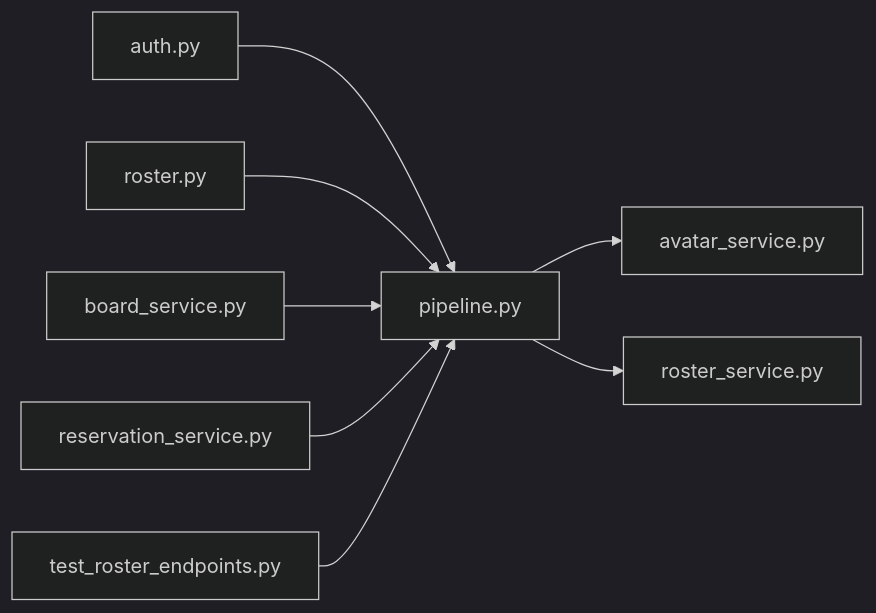
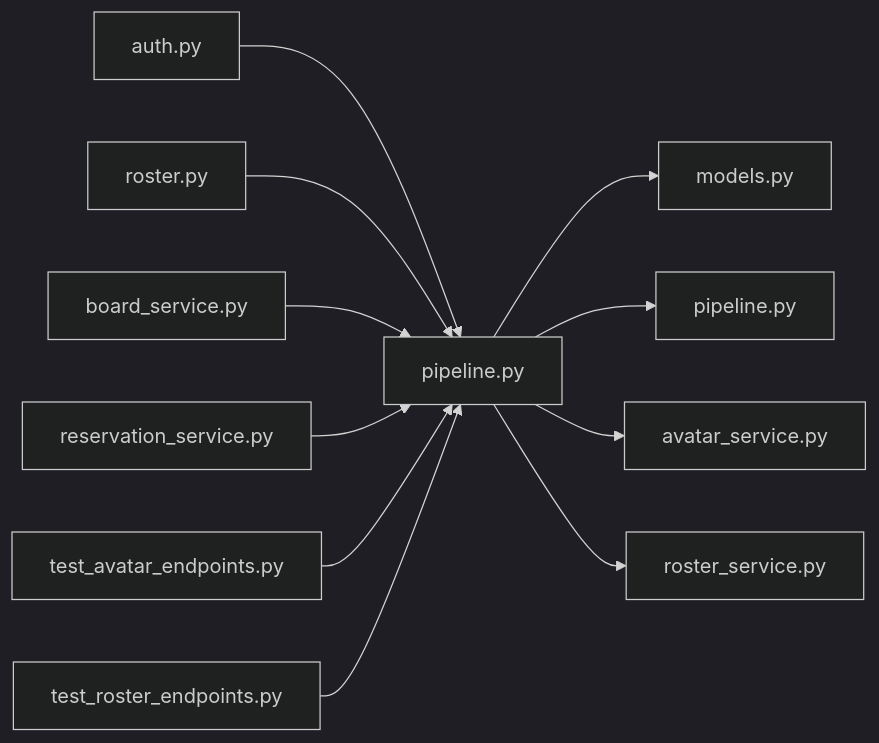
One commit to minkong-dev/Banblit changed the diagram in .cluedoc/graph/backend/src/backend/services/roster/pipeline.md. Above: the diagram before and after it, drawn with Mermaid (dark theme). The commit also changed other lines of this file and 50 other files, not shown here.

First line of the commit message:
backend: keep tunable limits and call order in each module's pipeline

````diff
--- a/.cluedoc/graph/backend/src/backend/services/roster/pipeline.md
+++ b/.cluedoc/graph/backend/src/backend/services/roster/pipeline.md
@@ -10,11 +10,14 @@
 ```mermaid
 flowchart LR
   backend_src_backend_services_roster_pipeline["pipeline.py"]
+  backend_src_backend_services_roster_pipeline --> backend_src_backend_db_models["models.py"]
+  backend_src_backend_services_roster_pipeline --> backend_src_backend_services_permission_pipeline["pipeline.py"]
   backend_src_backend_services_roster_pipeline --> backend_src_backend_services_roster_avatar_service["avatar_service.py"]
   backend_src_backend_services_roster_pipeline --> backend_src_backend_services_roster_roster_service["roster_service.py"]
   backend_src_backend_api_routers_auth["auth.py"] --> backend_src_backend_services_roster_pipeline
   backend_src_backend_api_routers_roster["roster.py"] --> backend_src_backend_services_roster_pipeline
   backend_src_backend_services_board_board_service["board_service.py"] --> backend_src_backend_services_roster_pipeline
   backend_src_backend_services_reservation_reservation_service["reservation_service.py"] --> backend_src_backend_services_roster_pipeline
+  backend_tests_integration_db_test_avatar_endpoints["test_avatar_endpoints.py"] --> backend_src_backend_services_roster_pipeline
   backend_tests_integration_db_test_roster_endpoints["test_roster_endpoints.py"] --> backend_src_backend_services_roster_pipeline
 ```
````
